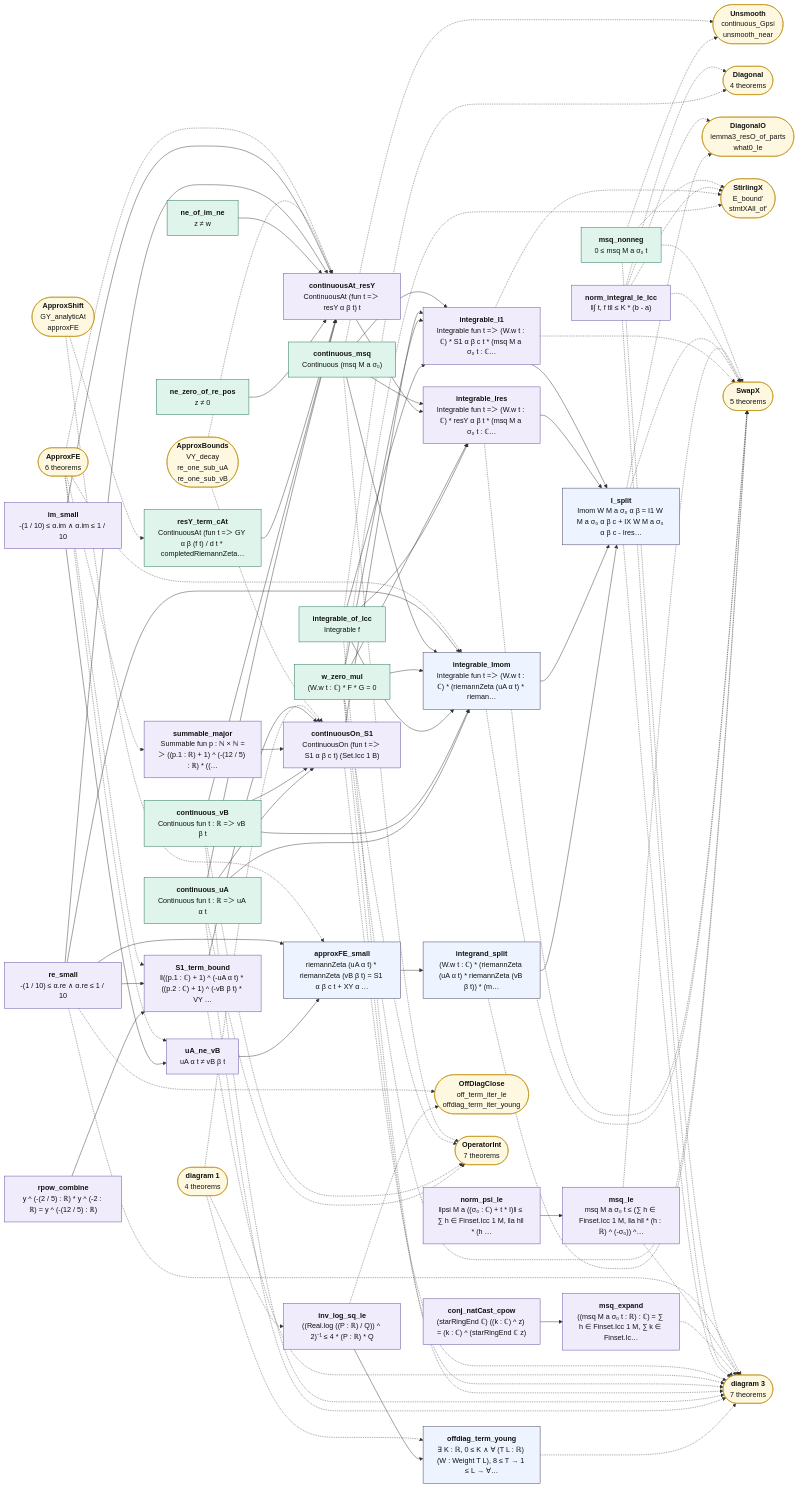
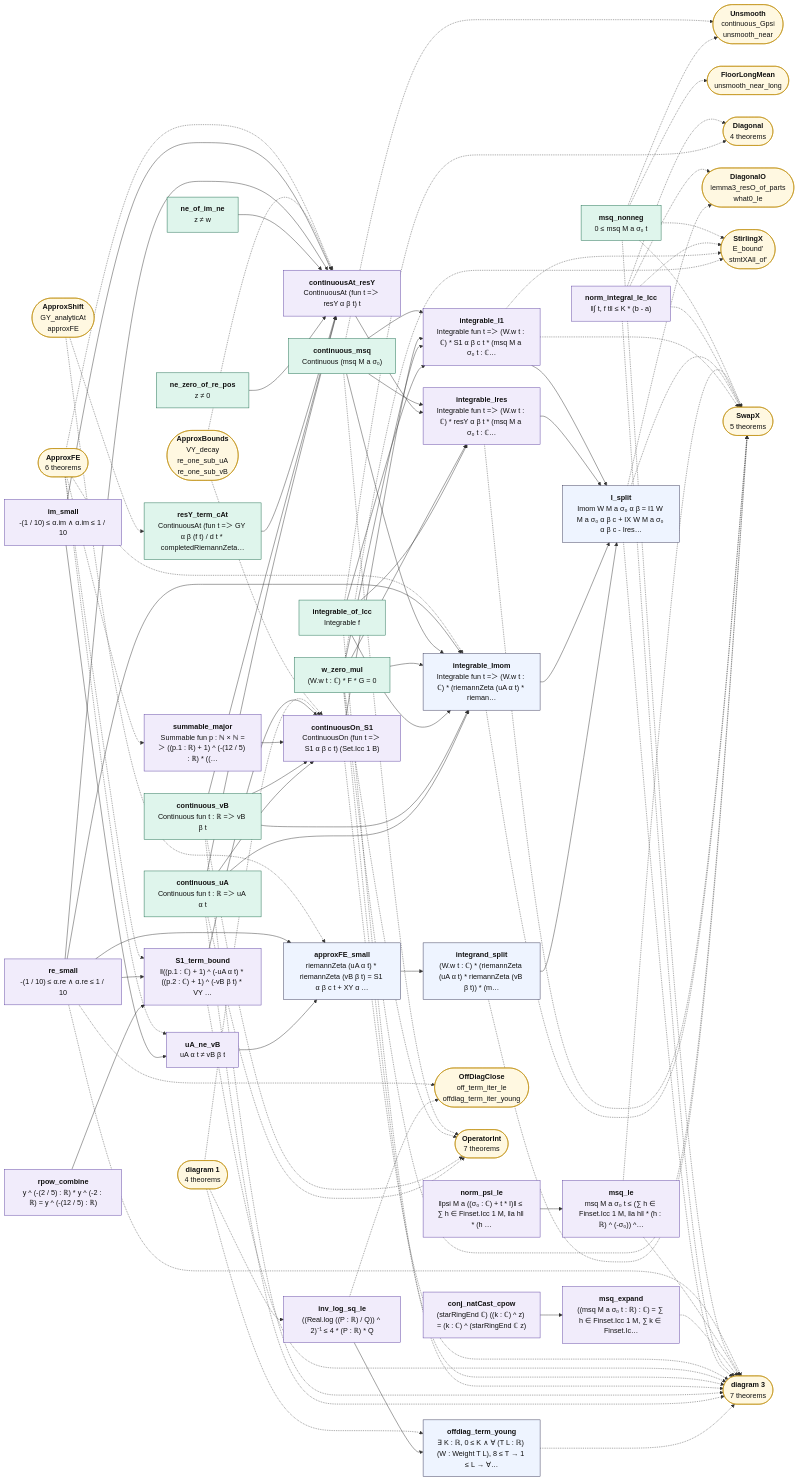
The second of 3 diagrams in map/lean_stage3/TwistedMoment.md (juliansambranojr/Primebeat_081426), drawn with Mermaid before and after one commit. The commit also changed other lines of this file and 64 other files, not shown here.

```diff
--- a/map/lean_stage3/TwistedMoment.md
+++ b/map/lean_stage3/TwistedMoment.md
@@ -140,14 +140,15 @@
   x1(["<b>OffDiagClose</b><br/>off_term_iter_le<br/>offdiag_term_iter_young"]):::ext
   x2(["<b>diagram 3</b><br/>7 theorems"]):::ext
   x3(["<b>SwapX</b><br/>5 theorems"]):::ext
-  x4(["<b>StirlingX</b><br/>E_bound'<br/>stmtXAll_of'"]):::ext
-  x5(["<b>Unsmooth</b><br/>continuous_Gpsi<br/>unsmooth_near"]):::ext
-  x6(["<b>OperatorInt</b><br/>7 theorems"]):::ext
-  x7(["<b>ApproxFE</b><br/>6 theorems"]):::ext
-  x8(["<b>ApproxShift</b><br/>GY_analyticAt<br/>approxFE"]):::ext
-  x9(["<b>Diagonal</b><br/>4 theorems"]):::ext
-  x10(["<b>ApproxBounds</b><br/>VY_decay<br/>re_one_sub_uA<br/>re_one_sub_vB"]):::ext
-  x11(["<b>DiagonalO</b><br/>lemma3_resO_of_parts<br/>what0_le"]):::ext
+  x4(["<b>FloorLongMean</b><br/>unsmooth_near_long"]):::ext
+  x5(["<b>StirlingX</b><br/>E_bound'<br/>stmtXAll_of'"]):::ext
+  x6(["<b>Unsmooth</b><br/>continuous_Gpsi<br/>unsmooth_near"]):::ext
+  x7(["<b>OperatorInt</b><br/>7 theorems"]):::ext
+  x8(["<b>ApproxFE</b><br/>6 theorems"]):::ext
+  x9(["<b>ApproxShift</b><br/>GY_analyticAt<br/>approxFE"]):::ext
+  x10(["<b>Diagonal</b><br/>4 theorems"]):::ext
+  x11(["<b>ApproxBounds</b><br/>VY_decay<br/>re_one_sub_uA<br/>re_one_sub_vB"]):::ext
+  x12(["<b>DiagonalO</b><br/>lemma3_resO_of_parts<br/>what0_le"]):::ext
   n0 --> n1
   n10 --> n11
   n11 --> n12
@@ -190,29 +191,29 @@
   n1 -.-> x2
   n12 -.-> x3
   n13 -.-> x2
-  n13 -.-> x6
+  n13 -.-> x7
   n14 -.-> x2
-  n14 -.-> x6
+  n14 -.-> x7
+  n15 -.-> x10
   n15 -.-> x2
-  n15 -.-> x9
   n16 -.-> x2
   n16 -.-> x3
-  n16 -.-> x4
-  n16 -.-> x6
+  n16 -.-> x5
+  n16 -.-> x7
   n17 -.-> x3
   n22 -.-> x3
   n25 -.-> x2
   n26 -.-> x2
   n27 -.-> x3
-  n27 -.-> x4
-  n28 -.-> x11
+  n27 -.-> x5
+  n28 -.-> x12
   n28 -.-> x2
   n28 -.-> x3
-  n29 -.-> x11
+  n29 -.-> x10
+  n29 -.-> x12
   n29 -.-> x2
   n29 -.-> x3
-  n29 -.-> x4
-  n29 -.-> x9
+  n29 -.-> x5
   n3 -.-> x2
   n5 -.-> x2
   n5 -.-> x3
@@ -220,22 +221,23 @@
   n6 -.-> x3
   n6 -.-> x4
   n6 -.-> x5
-  n7 -.-> x5
+  n6 -.-> x6
   n7 -.-> x6
+  n7 -.-> x7
   n8 -.-> x1
   n8 -.-> x2
   x0 -.-> n0
   x0 -.-> n1
   x0 -.-> n26
-  x10 -.-> n21
-  x10 -.-> n26
-  x7 -.-> n10
-  x7 -.-> n17
-  x7 -.-> n21
-  x7 -.-> n23
-  x7 -.-> n25
-  x8 -.-> n11
-  x8 -.-> n18
+  x11 -.-> n21
+  x11 -.-> n26
+  x8 -.-> n10
+  x8 -.-> n17
+  x8 -.-> n21
+  x8 -.-> n23
+  x8 -.-> n25
+  x9 -.-> n11
+  x9 -.-> n18
   classDef cnt fill:#dff5ec,stroke:#17694a,color:#111
   classDef shp fill:#f1ecfb,stroke:#5b3fa0,color:#111
   classDef rh fill:#ffe5e5,stroke:#c22,color:#111,stroke-width:2px
```
